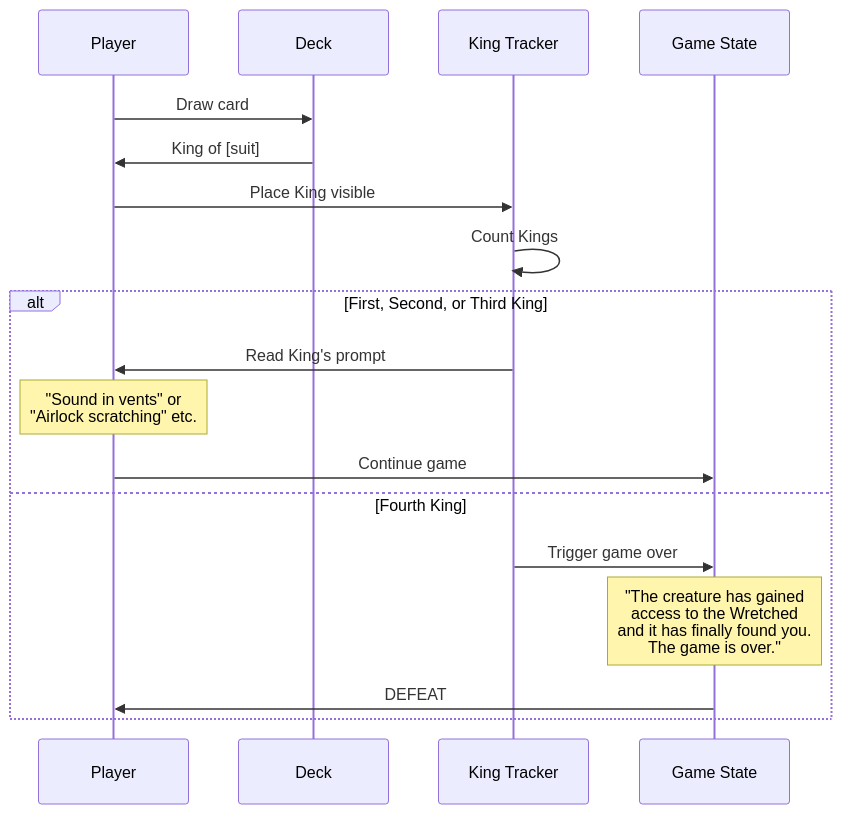
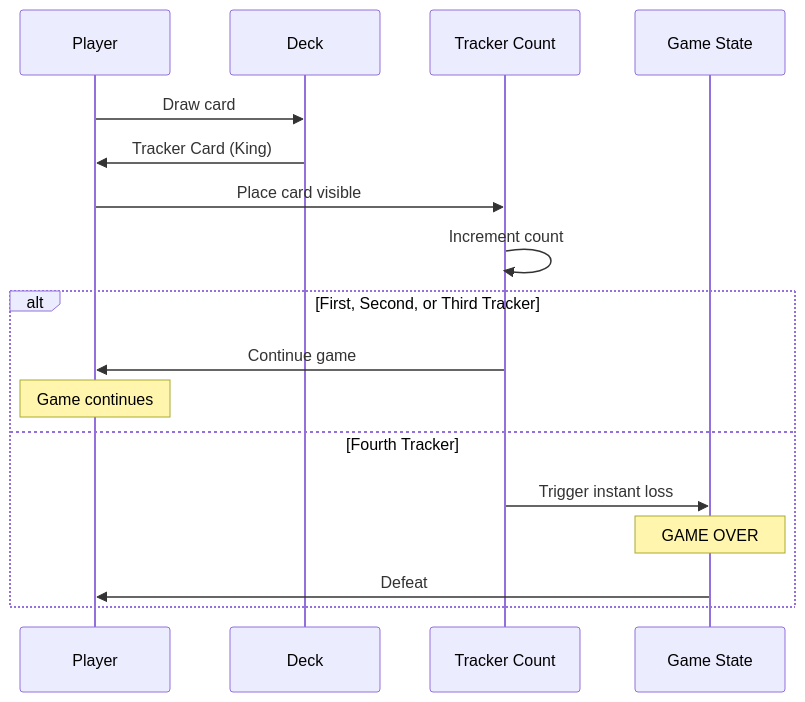
One commit to dimm-city/dc-solo-rpg changed the eighth of 13 diagrams in docs/wretched-alone-mechanics-guide.md. Above: the diagram before and after it, drawn with Mermaid. The commit also changed other lines of this file, not shown here.

````diff
--- a/docs/wretched-alone-mechanics-guide.md
+++ b/docs/wretched-alone-mechanics-guide.md
@@ -411,22 +427,21 @@
 ```mermaid
 sequenceDiagram
     participant P as Player
     participant D as Deck
-    participant K as King Tracker
+    participant T as Tracker Count
     participant G as Game State
 
     P->>D: Draw card
-    D->>P: King of [suit]
-    P->>K: Place King visible
-    K->>K: Count Kings
+    D->>P: Tracker Card (King)
+    P->>T: Place card visible
+    T->>T: Increment count
 
-    alt First, Second, or Third King
-        K->>P: Read King's prompt
-        Note over P: "Sound in vents" or<br/>"Airlock scratching" etc.
-        P->>G: Continue game
-    else Fourth King
-        K->>G: Trigger game over
-        Note over G: "The creature has gained<br/>access to the Wretched<br/>and it has finally found you.<br/>The game is over."
-        G->>P: DEFEAT
+    alt First, Second, or Third Tracker
+        T->>P: Continue game
+        Note over P: Game continues
+    else Fourth Tracker
+        T->>G: Trigger instant loss
+        Note over G: GAME OVER
+        G->>P: Defeat
     end
 ```
````
